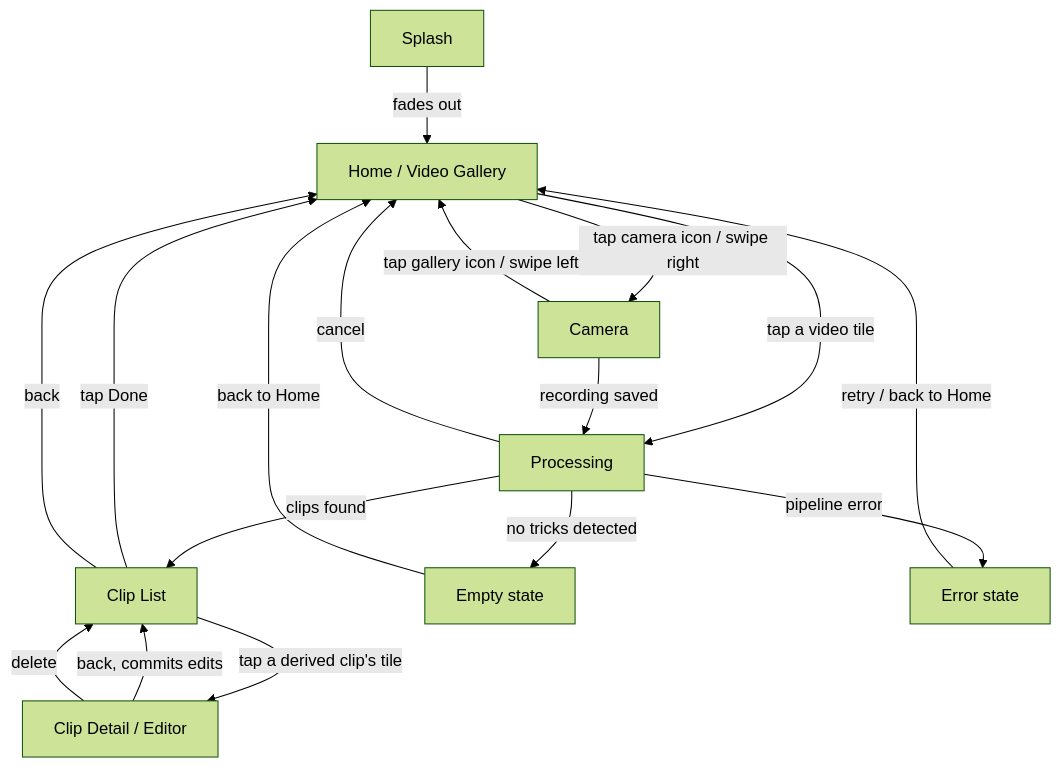
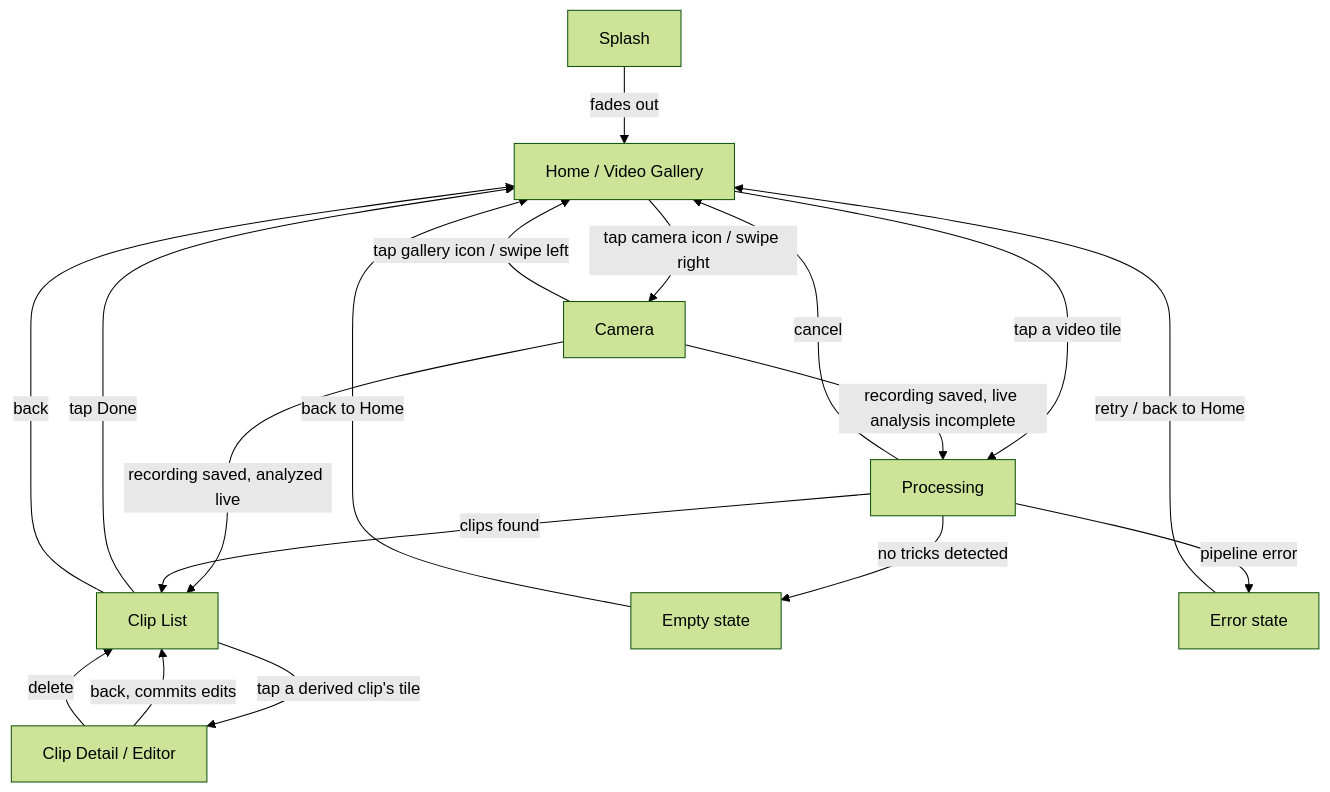
One commit to claoie/turnip-ios changed the diagram in docs/UIUX.md. Above: the diagram before and after it, drawn with Mermaid (forest theme). The commit also changed other lines of this file and 14 other files, not shown here.

````diff
--- a/docs/UIUX.md
+++ b/docs/UIUX.md
@@ -30,19 +30,20 @@
 ```mermaid
 flowchart TD
     S[Splash] -->|fades out| A
     A[Home / Video Gallery] -->|tap a video tile| B[Processing]
     A -->|tap camera icon / swipe right| G[Camera]
     G -->|tap gallery icon / swipe left| A
-    G -->|recording saved| B
+    G -->|recording saved, analyzed live| C
+    G -->|recording saved, live analysis incomplete| B
     B -->|clips found| C[Clip List]
     B -->|no tricks detected| E1[Empty state]
     B -->|pipeline error| E2[Error state]
     B -->|cancel| A
     E1 -->|back to Home| A
     E2 -->|retry / back to Home| A
     C -->|tap a derived clip's tile| D[Clip Detail / Editor]
     D -->|back, commits edits| C
     D -->|delete| C
     C -->|tap Done| A
     C -->|back| A
 ```
````
